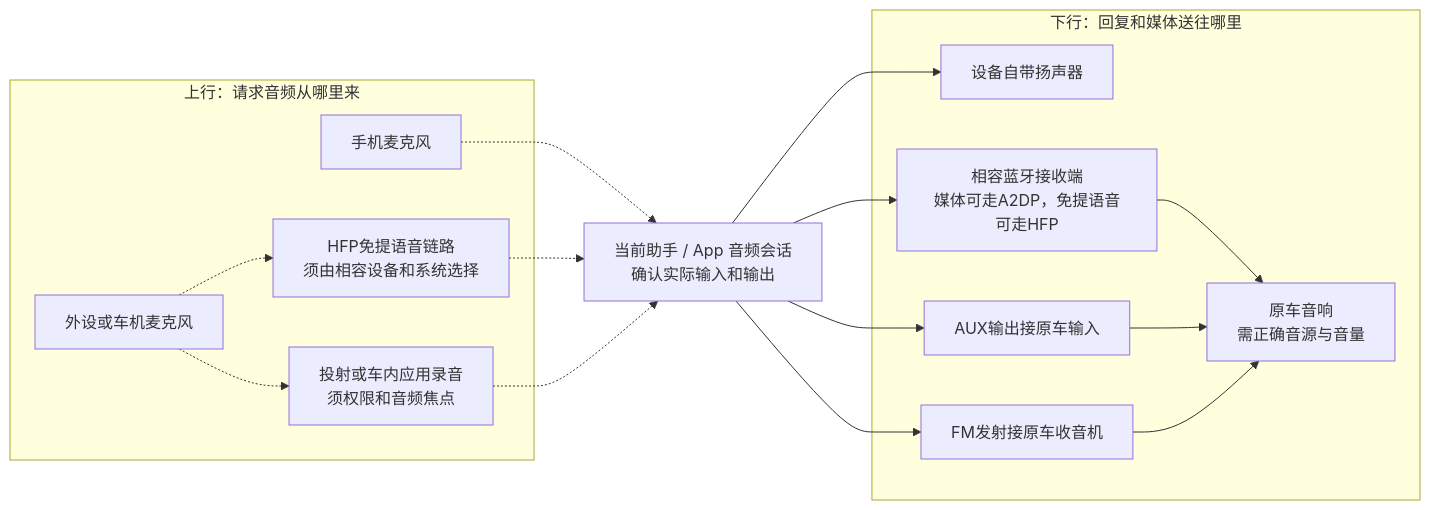
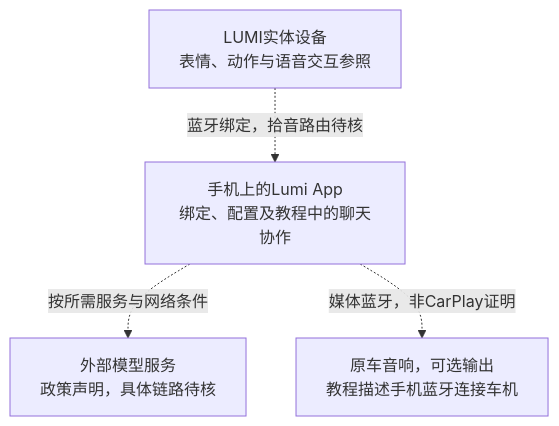
Before and after one commit to DreamSoul-AI/in-vehicle-ai-research: the diagram in dist/diagrams/fig-08.mmd, drawn with Mermaid. The commit also changed 42 other files, not shown here.

```diff
--- a/dist/diagrams/fig-08.mmd
+++ b/dist/diagrams/fig-08.mmd
@@ -1,35 +1,13 @@
-%% title: 音频与麦克风路径
-%% 图4 音频与拾音的可选路径。分析示意，不代表全部链路可同时使用。
-%% 虚线输入需系统选择、权限与实机核对；实线表示所选输出路径。
-%% 来源 https://www.bluetooth.com/specifications/specs/hands-free-profile-1-10/
-%% 来源 https://developer.android.com/develop/connectivity/bluetooth/profiles
-%% 来源 https://developer.android.com/training/cars/apps/library/car-microphone
-%% 来源 https://support.avantree.com/hc/en-us/articles/50767188774937-How-to-Make-a-Call-by-Voice-Command
-%% 来源 https://carpuride.com/products/carpuride-w903-portable-smart-multimedia-dashboard-console-with-front-camera
-flowchart LR
-  subgraph INPUT["上行：请求音频从哪里来"]
-    PHONE_MIC["手机麦克风"]
-    DEVICE_MIC["外设或车机麦克风"]
-    HFP["HFP免提语音链路<br/>须由相容设备和系统选择"]
-    PROJECTION["投射或车内应用录音<br/>须权限和音频焦点"]
-  end
-  SESSION["当前助手 / App 音频会话<br/>确认实际输入和输出"]
-  PHONE_MIC -.-> SESSION
-  DEVICE_MIC -.-> HFP
-  DEVICE_MIC -.-> PROJECTION
-  HFP -.-> SESSION
-  PROJECTION -.-> SESSION
-  subgraph OUTPUT["下行：回复和媒体送往哪里"]
-    OWN["设备自带扬声器"]
-    BT["相容蓝牙接收端<br/>媒体可走A2DP，免提语音可走HFP"]
-    AUX["AUX输出接原车输入"]
-    FM["FM发射接原车收音机"]
-    CAR["原车音响<br/>需正确音源与音量"]
-    BT --> CAR
-    AUX --> CAR
-    FM --> CAR
-  end
-  SESSION --> OWN
-  SESSION --> BT
-  SESSION --> AUX
-  SESSION --> FM
+%% title: LUMI参照中的设备、手机与可选原车音频
+%% 基于教程转写及政策声明的研究示意，虚线不代表实测链路。
+%% 来源 https://app.mi.com/details?id=com.example.lumi_client
+%% 来源 https://yyzc.yylumi.com/privacy.html
+%% 来源 https://www.douyin.com/video/7629608396925350134
+flowchart TB
+  DEVICE["LUMI实体设备<br/>表情、动作与语音交互参照"]
+  PHONE["手机上的Lumi App<br/>绑定、配置及教程中的聊天协作"]
+  SERVICE["外部模型服务<br/>政策声明，具体链路待核"]
+  CAR["原车音响，可选输出<br/>教程描述手机蓝牙连接车机"]
+  DEVICE -.->|"蓝牙绑定，拾音路由待核"| PHONE
+  PHONE -.->|"按所需服务与网络条件"| SERVICE
+  PHONE -.->|"媒体蓝牙，非CarPlay证明"| CAR
```
